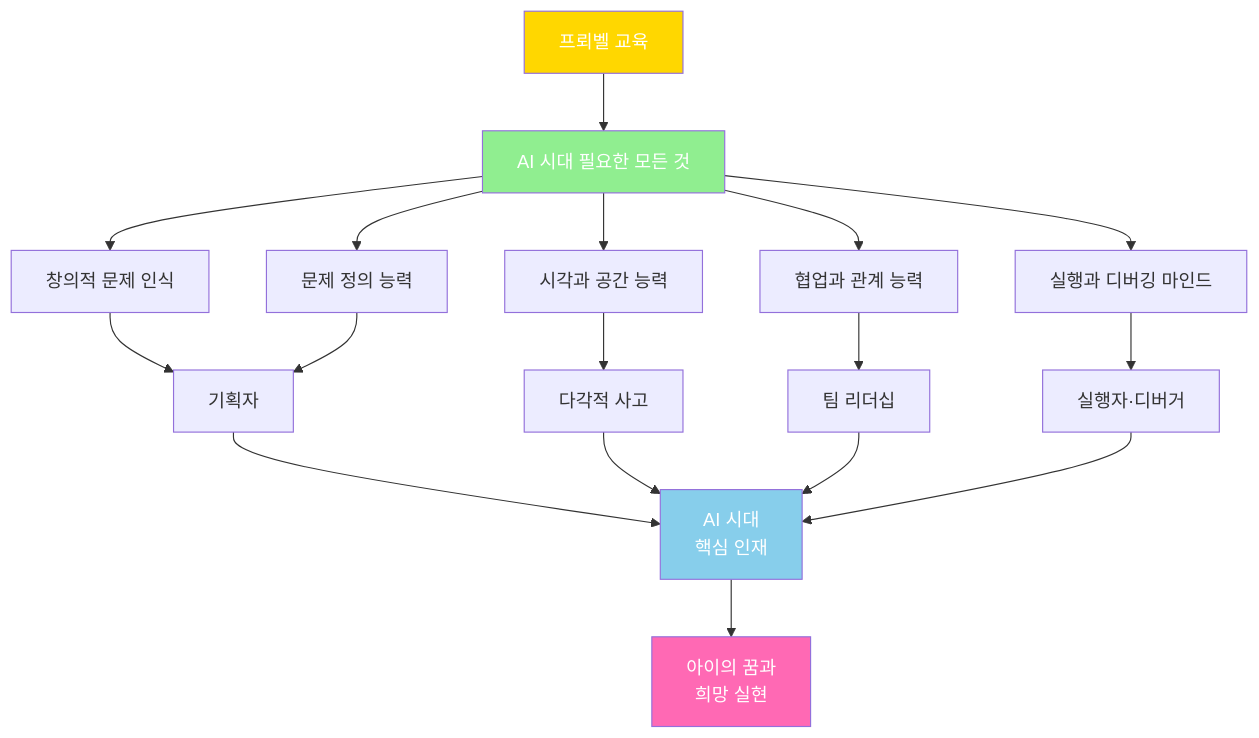
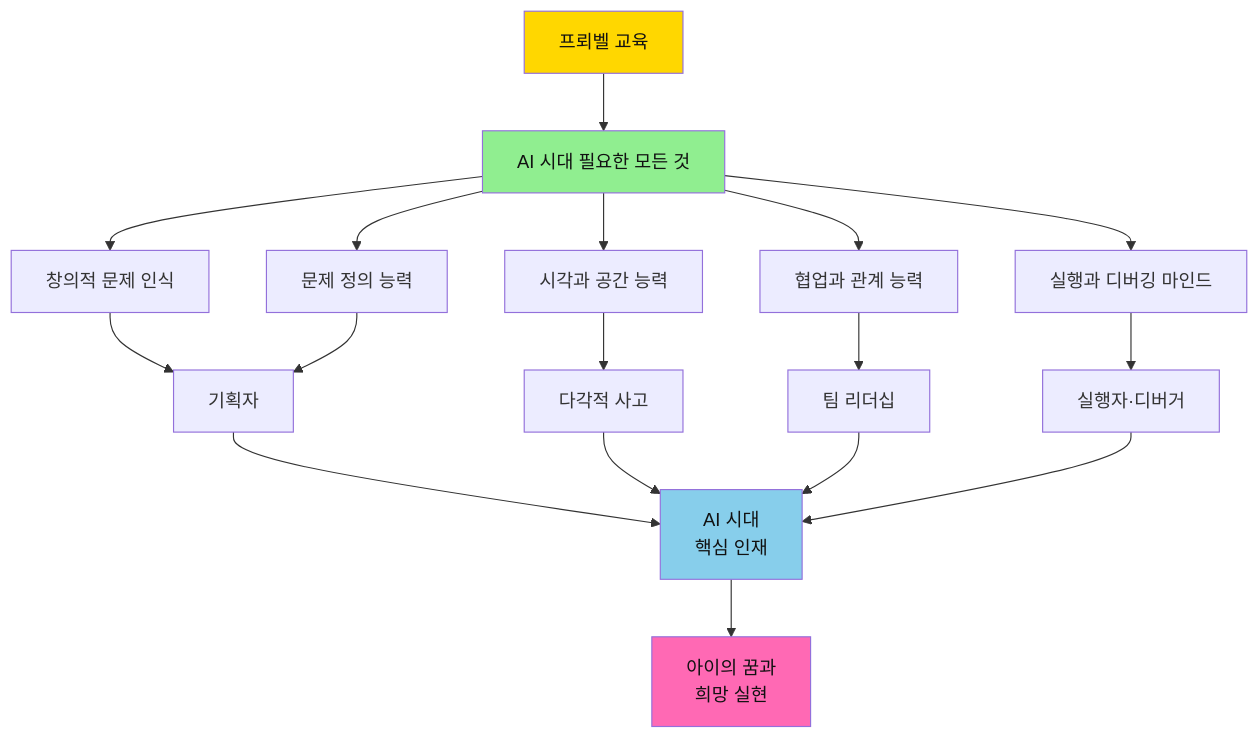
One commit to Collegenie-X/froebel changed diagram 37 of 37 in 2단계_유아초등교육커리큘럼.md. Above: the diagram before and after it, drawn with Mermaid. The commit also changed other lines of this file and 2 other files, not shown here.

````diff
--- a/2단계_유아초등교육커리큘럼.md
+++ b/2단계_유아초등교육커리큘럼.md
@@ -1380,31 +1798,31 @@
 ```mermaid
 graph TD
     A[프뢰벨 교육] --> B[AI 시대 필요한 모든 것]
     
     B --> C[창의적 문제 인식]
     B --> D[문제 정의 능력]
     B --> E[시각과 공간 능력]
     B --> F[협업과 관계 능력]
     B --> G[실행과 디버깅 마인드]
     
     C --> H[기획자]
     D --> H
     
     E --> I[다각적 사고]
     
     F --> J[팀 리더십]
     
     G --> K[실행자·디버거]
     
     H --> L[AI 시대<br/>핵심 인재]
     I --> L
     J --> L
     K --> L
     
     L --> M[아이의 꿈과<br/>희망 실현]
     
-    style A fill:#FFD700,color:#fff
-    style B fill:#90EE90,color:#fff
-    style L fill:#87CEEB,color:#fff
-    style M fill:#FF69B4,color:#fff
+    style A fill:#FFD700,color:#111
+    style B fill:#90EE90,color:#111
+    style L fill:#87CEEB,color:#111
+    style M fill:#FF69B4,color:#111
 ```
````
